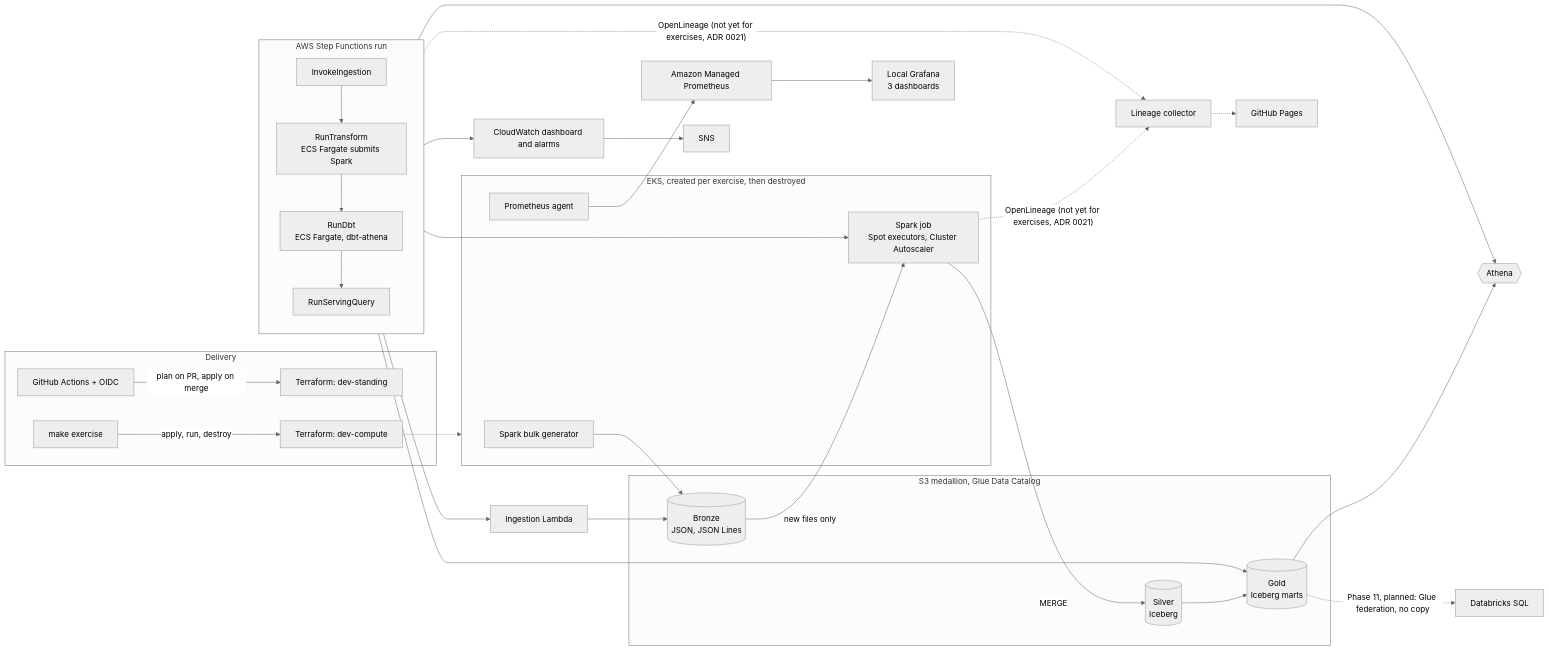
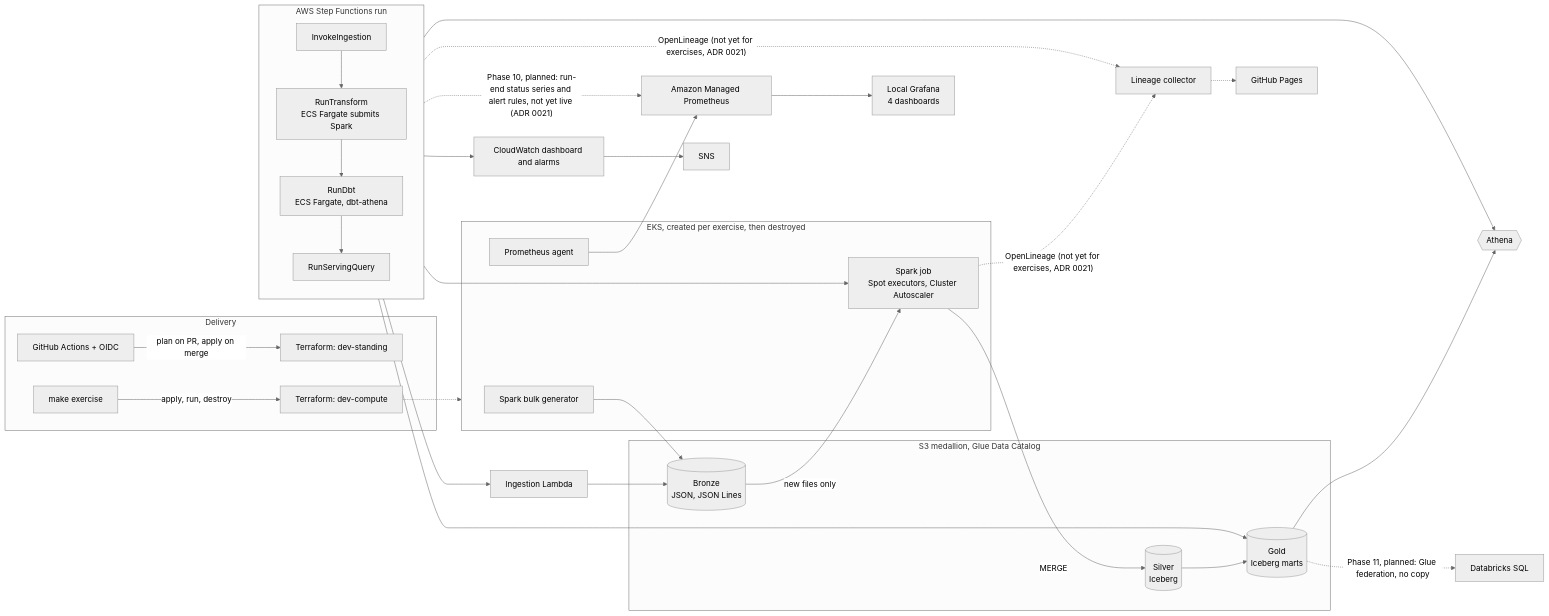
Before and after one commit to ChiragVenkateshaiah/cerberus-platform: the diagram in README.md, drawn with Mermaid (neutral theme). The commit also changed other lines of this file and 1 other file, not shown here.

````diff
--- a/README.md
+++ b/README.md
@@ -39,34 +39,35 @@
 ```mermaid
 flowchart LR
     subgraph CI["Delivery"]
         GHA["GitHub Actions + OIDC"] -->|"plan on PR, apply on merge"| STAND["Terraform: dev-standing"]
         HUMAN["make exercise"] -->|"apply, run, destroy"| COMP["Terraform: dev-compute"]
     end
     subgraph RUN["AWS Step Functions run"]
         direction TB
         S1["InvokeIngestion"] --> S2["RunTransform<br/>ECS Fargate submits Spark"] --> S3["RunDbt<br/>ECS Fargate, dbt-athena"] --> S4["RunServingQuery"]
     end
     subgraph EKS["EKS, created per exercise, then destroyed"]
         GEN["Spark bulk generator"]
         SPARK["Spark job<br/>Spot executors, Cluster Autoscaler"]
         PROM["Prometheus agent"]
     end
     subgraph LAKE["S3 medallion, Glue Data Catalog"]
         BRZ[("Bronze<br/>JSON, JSON Lines")]
         SLV[("Silver<br/>Iceberg")]
         GLD[("Gold<br/>Iceberg marts")]
     end
     S1 --> LAMBDA["Ingestion Lambda"] --> BRZ
     GEN --> BRZ
     S2 --> SPARK
     BRZ -->|"new files only"| SPARK -->|"MERGE"| SLV
     S3 --> GLD
     SLV --> GLD
     S4 --> ATH{{"Athena"}}
     GLD --> ATH
-    PROM --> AMP["Amazon Managed Prometheus"] --> GRAF["Local Grafana<br/>3 dashboards"]
+    PROM --> AMP["Amazon Managed Prometheus"] --> GRAF["Local Grafana<br/>4 dashboards"]
     RUN --> CW["CloudWatch dashboard and alarms"] --> SNS["SNS"]
+    RUN -. "Phase 10, planned: run-end status series and alert rules, not yet live (ADR 0021)" .-> AMP
     SPARK & S3 -. "OpenLineage (not yet for exercises, ADR 0021)" .-> OL["Lineage collector"] -.-> PAGES["GitHub Pages"]
     GLD -. "Phase 11, planned: Glue federation, no copy" .-> DBX["Databricks SQL"]
     COMP -.-> EKS
 ```
````
